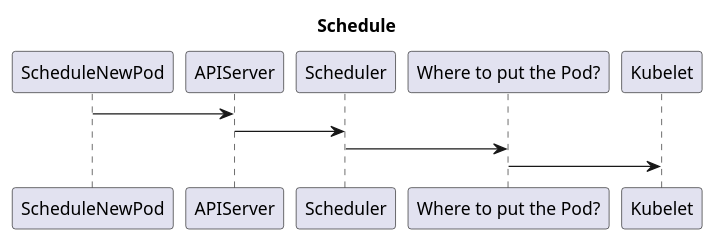
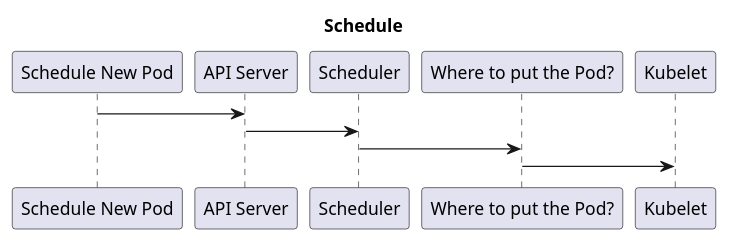
The sixth of 7 diagrams in README.adoc (4arturas/iSignThis), drawn with PlantUML before and after one commit.

Commit message:
README.adoc

```diff
--- a/README.adoc
+++ b/README.adoc
@@ -142,9 +142,9 @@
 [plantuml]
 ----
 title Schedule
-ScheduleNewPod -> APIServer
-APIServer -> Scheduler
+"Schedule New Pod" -> "API Server"
+"API Server" -> Scheduler
 Scheduler -> "Where to put the Pod?"
 "Where to put the Pod?" -> Kubelet
 
 ----
```
